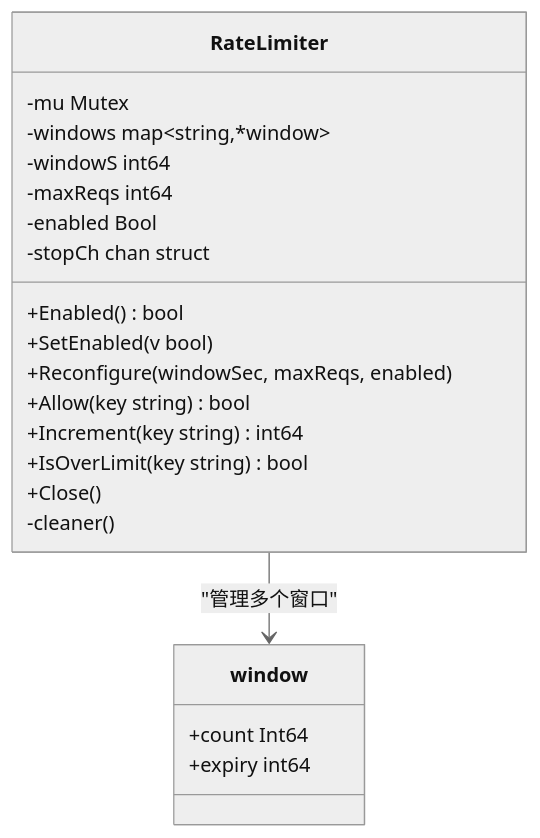
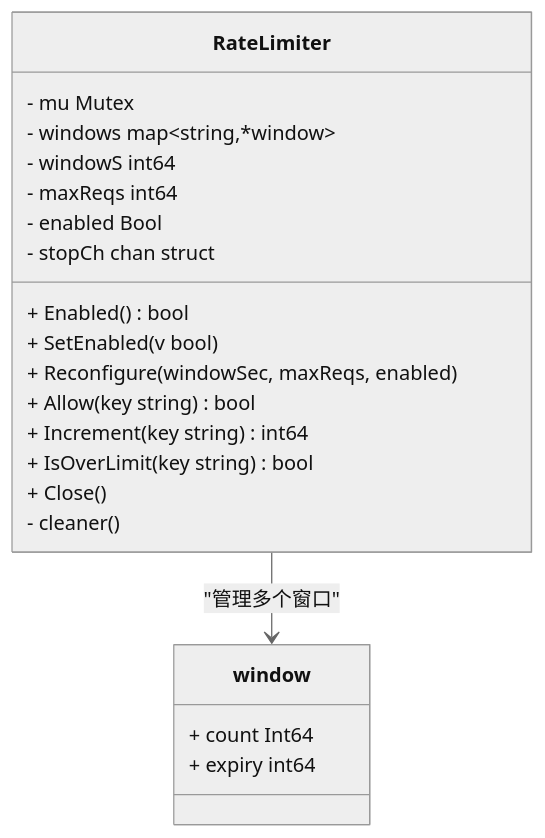
The third of 10 diagrams in docs/安全防护功能/速率限制机制/速率限制机制.md (x01n/My-OpenWaf), drawn with Mermaid (neutral theme) before and after one commit. The commit also changed other lines of this file and 199 other files, not shown here.

````diff
--- a/docs/安全防护功能/速率限制机制/速率限制机制.md
+++ b/docs/安全防护功能/速率限制机制/速率限制机制.md
@@ -186,24 +182,24 @@
 ```mermaid
 classDiagram
 class RateLimiter {
--mu Mutex
--windows map~string,*window~
--windowS int64
--maxReqs int64
--enabled Bool
--stopCh chan struct
-+Enabled() bool
-+SetEnabled(v bool)
-+Reconfigure(windowSec, maxReqs, enabled)
-+Allow(key string) bool
-+Increment(key string) int64
-+IsOverLimit(key string) bool
-+Close()
--cleaner()
+- mu Mutex
+- windows map~string,*window~
+- windowS int64
+- maxReqs int64
+- enabled Bool
+- stopCh chan struct
++ Enabled() bool
++ SetEnabled(v bool)
++ Reconfigure(windowSec, maxReqs, enabled)
++ Allow(key string) bool
++ Increment(key string) int64
++ IsOverLimit(key string) bool
++ Close()
+- cleaner()
 }
 class window {
-+count Int64
-+expiry int64
++ count Int64
++ expiry int64
 }
 RateLimiter --> window : "管理多个窗口"
 ```
````
